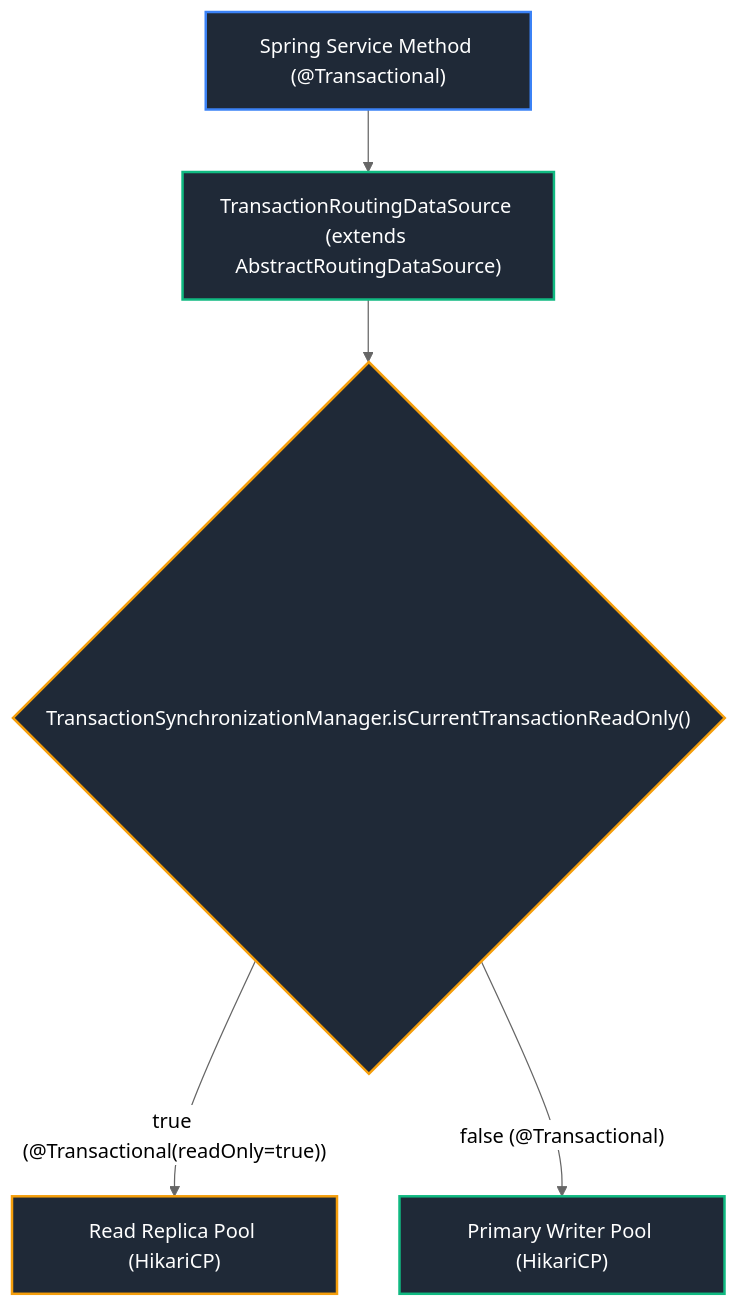
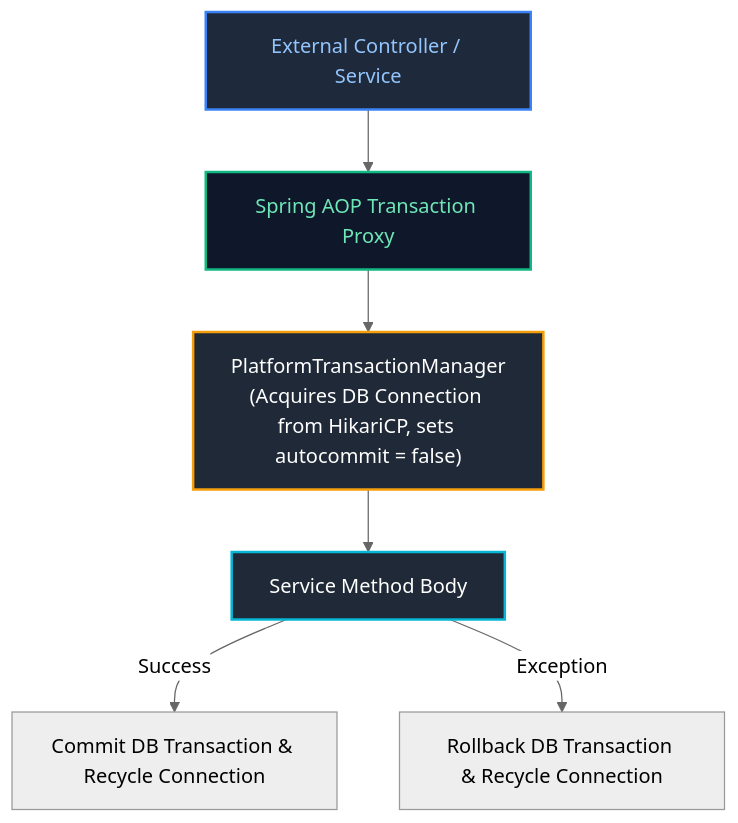
Before and after one commit to joydeep-biswas/Interview-Preparation: the ninth of 12 diagrams in Java Backend Engineering/10_spring_data_jdbc_jpa_hibernate_transactions.md, drawn with Mermaid (neutral theme). The commit also changed other lines of this file and 143 other files, not shown here.

````diff
--- a/Java Backend Engineering/10_spring_data_jdbc_jpa_hibernate_transactions.md
+++ b/Java Backend Engineering/10_spring_data_jdbc_jpa_hibernate_transactions.md
@@ -550,13 +938,14 @@
 ```mermaid
 flowchart TD
-    Service["Spring Service Method (@Transactional)"] --> RoutingDS["TransactionRoutingDataSource (extends AbstractRoutingDataSource)"]
-    RoutingDS --> Check{"TransactionSynchronizationManager.isCurrentTransactionReadOnly()"}
-    Check -- "true (@Transactional(readOnly=true))" --> Replica["Read Replica Pool (HikariCP)"]
-    Check -- "false (@Transactional)" --> Primary["Primary Writer Pool (HikariCP)"]
+    Caller["External Controller / Service"]
+    --> Proxy["Spring AOP Transaction Proxy"]
+    Proxy --> TxMgr["PlatformTransactionManager<br/>(Acquires DB Connection from HikariCP, sets autocommit = false)"]
+    TxMgr --> TargetMethod["Service Method Body"]
+    TargetMethod -->|Success| Commit["Commit DB Transaction & Recycle Connection"]
+    TargetMethod -->|Exception| Rollback["Rollback DB Transaction & Recycle Connection"]
 
-    style Service fill:#1f2937,stroke:#3b82f6,stroke-width:2px,color:#fff
-    style RoutingDS fill:#1f2937,stroke:#10b981,stroke-width:2px,color:#fff
-    style Check fill:#1f2937,stroke:#f59e0b,stroke-width:2px,color:#fff
-    style Replica fill:#1f2937,stroke:#f59e0b,stroke-width:2px,color:#fff
-    style Primary fill:#1f2937,stroke:#10b981,stroke-width:2px,color:#fff
+    style Caller fill:#1e293b,stroke:#3b82f6,stroke-width:2px,color:#93c5fd
+    style Proxy fill:#0f172a,stroke:#10b981,stroke-width:2px,color:#6ee7b7
+    style TxMgr fill:#1f2937,stroke:#f59e0b,stroke-width:2px,color:#fff
+    style TargetMethod fill:#1f2937,stroke:#06b6d4,stroke-width:2px,color:#fff
 ```
````
